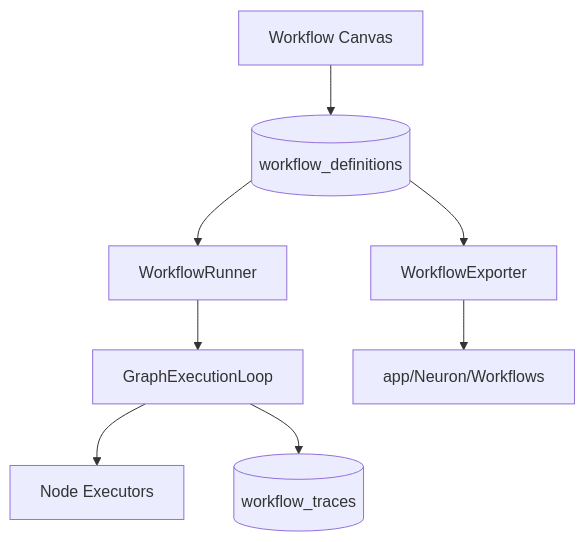
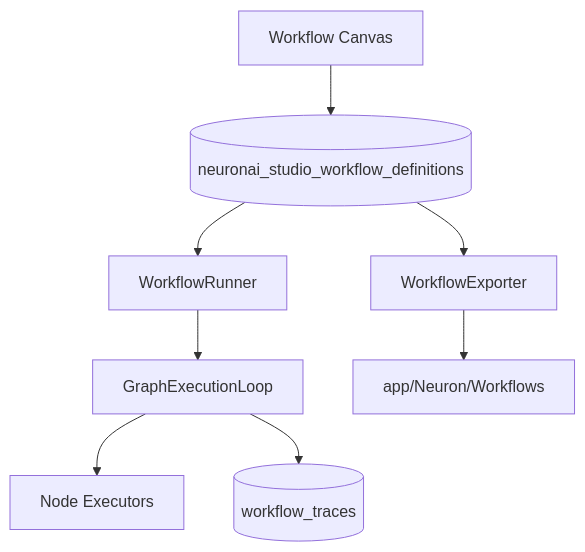
One commit to digitalelvis/neuronai-studio changed the first of 3 diagrams in docs/guides/workflows/overview.md. Above: the diagram before and after it, drawn with Mermaid. The commit also changed other lines of this file and 37 other files, not shown here.

````diff
--- a/docs/guides/workflows/overview.md
+++ b/docs/guides/workflows/overview.md
@@ -15,10 +15,10 @@
 ```mermaid
 flowchart TB
-    Editor[Workflow Canvas] --> DB[(workflow_definitions)]
+    Editor[Workflow Canvas] --> DB[(neuronai_studio_workflow_definitions)]
     DB --> Runner[WorkflowRunner]
     Runner --> Loop[GraphExecutionLoop]
     Loop --> Executors[Node Executors]
     Loop --> Trace[(workflow_traces)]
     DB --> Export[WorkflowExporter]
     Export --> PHP[app/Neuron/Workflows]
 ```
````
